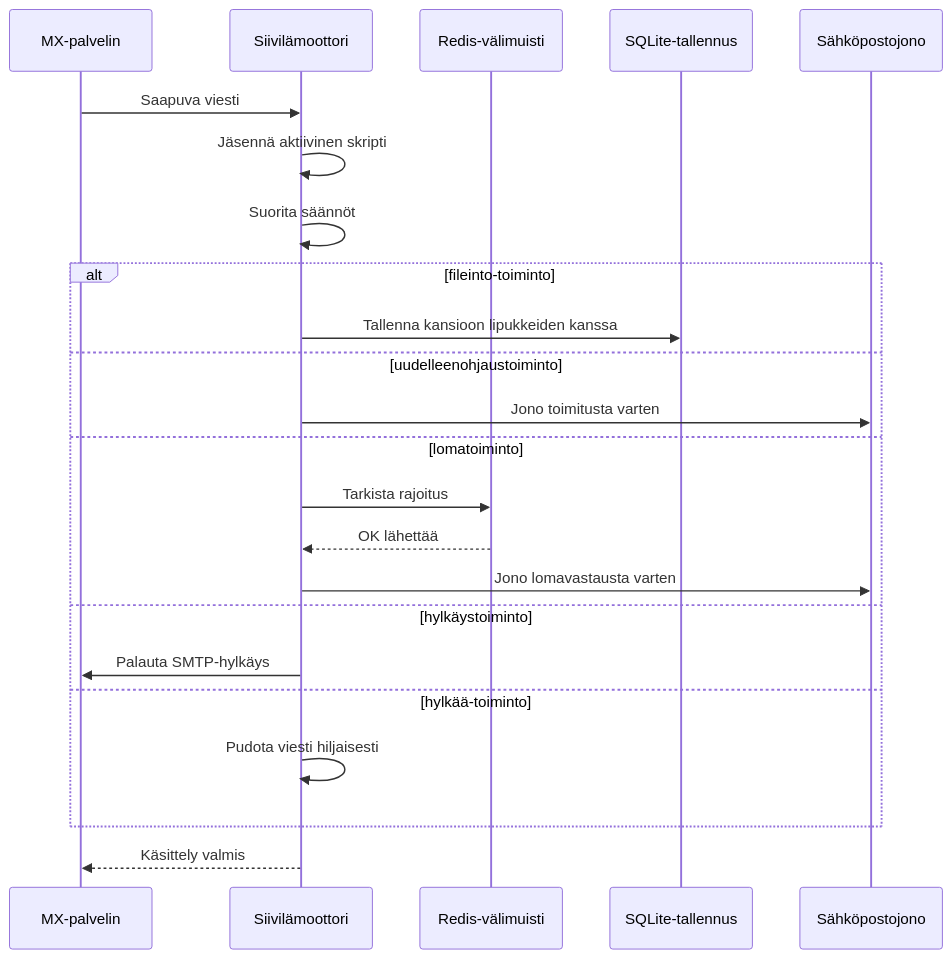
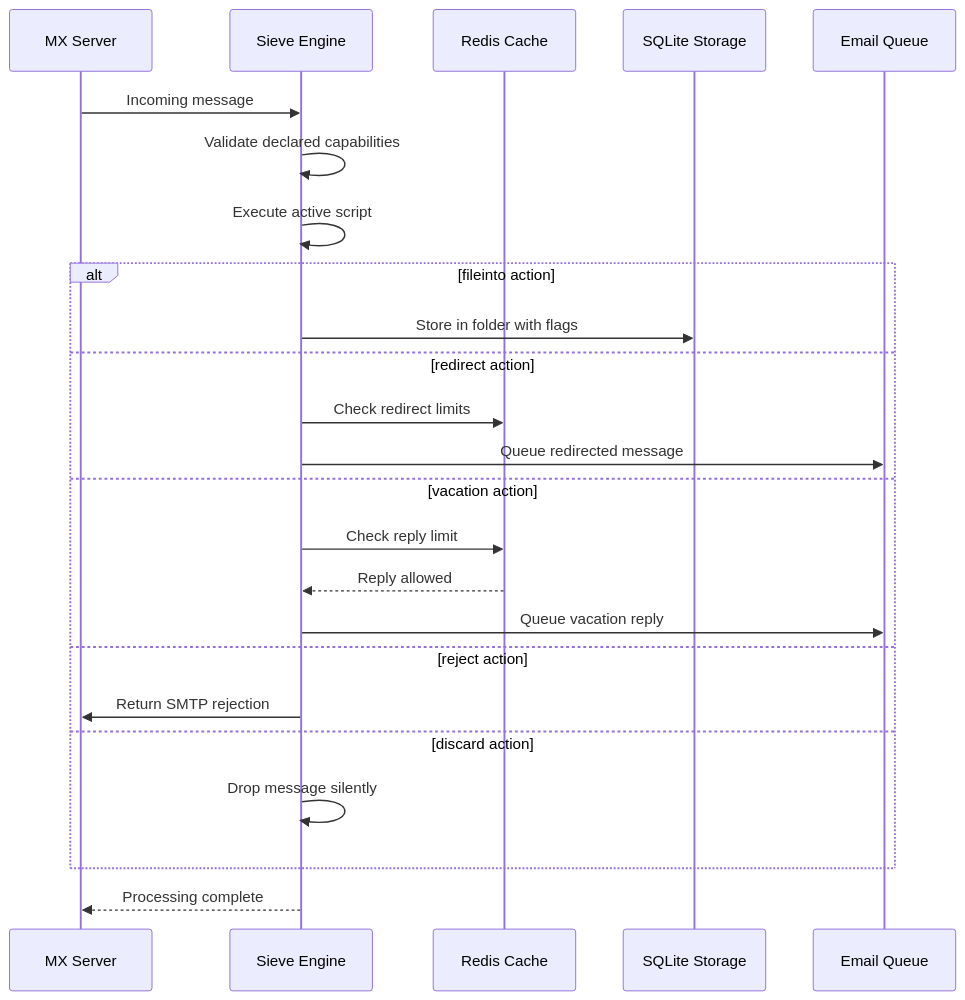
Before and after one commit to forwardemail/forwardemail.net: the ninth of 16 diagrams in app/views/docs/email-protocols-rfc-compliance-imap-smtp-pop3-comparison/index-fi.md, drawn with Mermaid. The commit also changed other lines of this file and 87 other files, not shown here.

````diff
--- a/app/views/docs/email-protocols-rfc-compliance-imap-smtp-pop3-comparison/index-fi.md
+++ b/app/views/docs/email-protocols-rfc-compliance-imap-smtp-pop3-comparison/index-fi.md
@@ -1169,28 +1168,29 @@
 ```mermaid
 sequenceDiagram
-    participant MX as MX-palvelin
-    participant Sieve as Siivilämoottori
-    participant Redis as Redis-välimuisti
-    participant SQLite as SQLite-tallennus
-    participant Queue as Sähköpostojono
+    participant MX as MX Server
+    participant Sieve as Sieve Engine
+    participant Redis as Redis Cache
+    participant SQLite as SQLite Storage
+    participant Queue as Email Queue
 
-    MX->>Sieve: Saapuva viesti
-    Sieve->>Sieve: Jäsennä aktiivinen skripti
-    Sieve->>Sieve: Suorita säännöt
+    MX->>Sieve: Incoming message
+    Sieve->>Sieve: Validate declared capabilities
+    Sieve->>Sieve: Execute active script
 
-    alt fileinto-toiminto
-        Sieve->>SQLite: Tallenna kansioon lipukkeiden kanssa
-    else uudelleenohjaustoiminto
-        Sieve->>Queue: Jono toimitusta varten
-    else lomatoiminto
-        Sieve->>Redis: Tarkista rajoitus
-        Redis-->>Sieve: OK lähettää
-        Sieve->>Queue: Jono lomavastausta varten
-    else hylkäystoiminto
-        Sieve->>MX: Palauta SMTP-hylkäys
-    else hylkää-toiminto
-        Sieve->>Sieve: Pudota viesti hiljaisesti
+    alt fileinto action
+        Sieve->>SQLite: Store in folder with flags
+    else redirect action
+        Sieve->>Redis: Check redirect limits
+        Sieve->>Queue: Queue redirected message
+    else vacation action
+        Sieve->>Redis: Check reply limit
+        Redis-->>Sieve: Reply allowed
+        Sieve->>Queue: Queue vacation reply
+    else reject action
+        Sieve->>MX: Return SMTP rejection
+    else discard action
+        Sieve->>Sieve: Drop message silently
     end
 
-    Sieve-->>MX: Käsittely valmis
+    Sieve-->>MX: Processing complete
 ```
````
